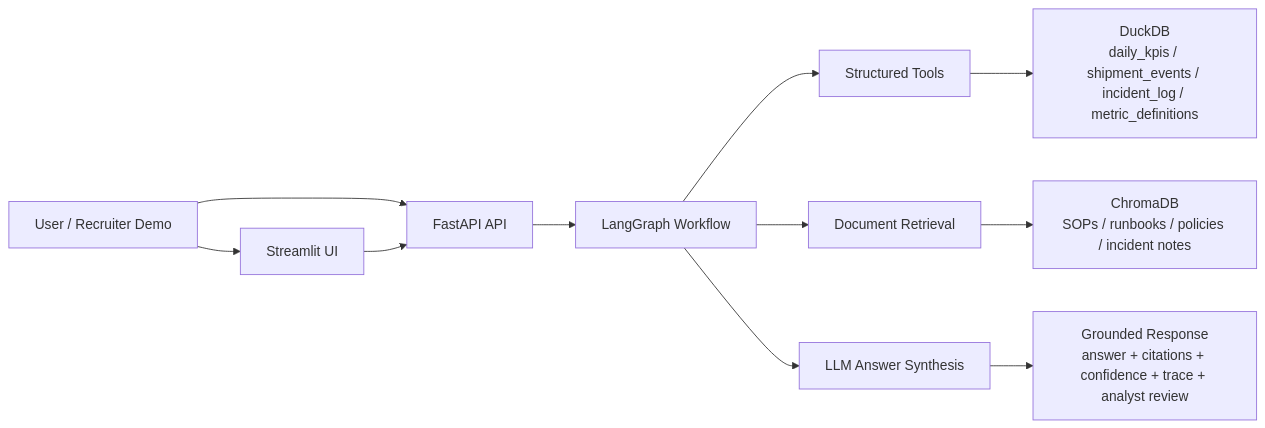
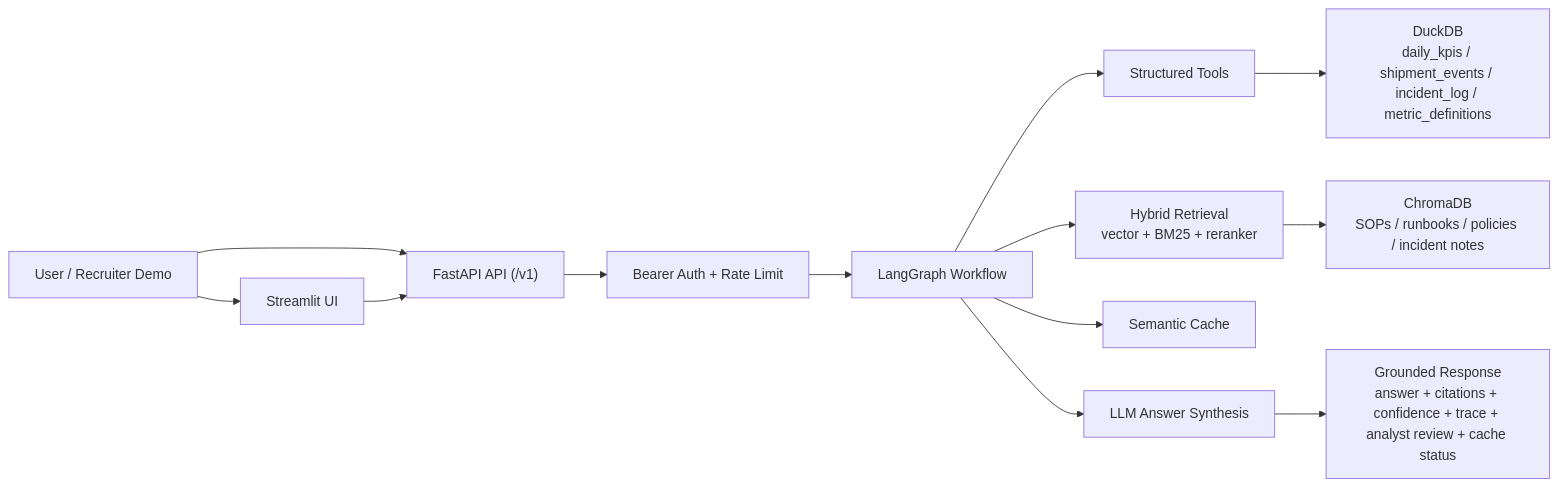
One commit to nidhi1603/agentic-analytics-copilot changed the diagram in README.md. Above: the diagram before and after it, drawn with Mermaid. The commit also changed other lines of this file and 3 other files, not shown here.

````diff
--- a/README.md
+++ b/README.md
@@ -47,13 +47,15 @@
 ```mermaid
 flowchart LR
     U["User / Recruiter Demo"] --> S["Streamlit UI"]
-    U --> A["FastAPI API"]
+    U --> A["FastAPI API (/v1)"]
     S --> A
-    A --> G["LangGraph Workflow"]
+    A --> AU["Bearer Auth + Rate Limit"]
+    AU --> G["LangGraph Workflow"]
     G --> T["Structured Tools"]
-    G --> R["Document Retrieval"]
+    G --> R["Hybrid Retrieval<br/>vector + BM25 + reranker"]
     T --> D["DuckDB<br/>daily_kpis / shipment_events / incident_log / metric_definitions"]
     R --> C["ChromaDB<br/>SOPs / runbooks / policies / incident notes"]
+    G --> K["Semantic Cache"]
     G --> L["LLM Answer Synthesis"]
-    L --> O["Grounded Response<br/>answer + citations + confidence + trace + analyst review"]
+    L --> O["Grounded Response<br/>answer + citations + confidence + trace + analyst review + cache status"]
 ```
````
